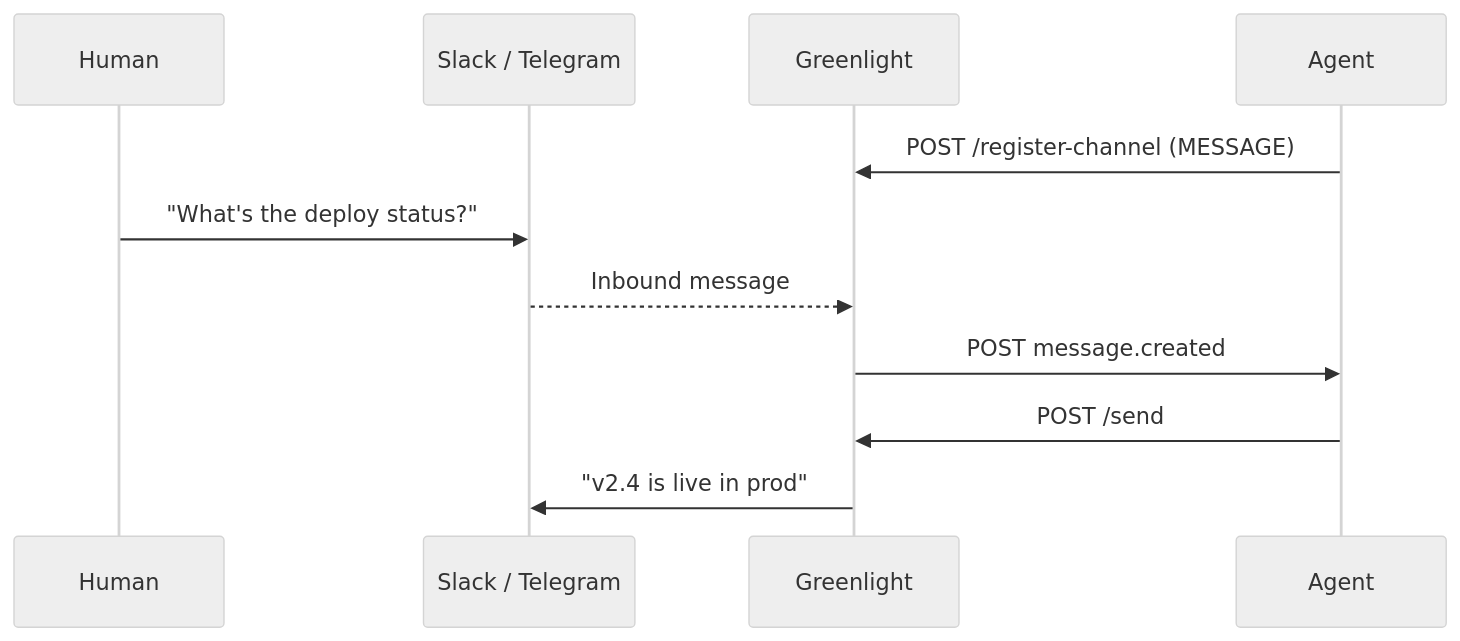
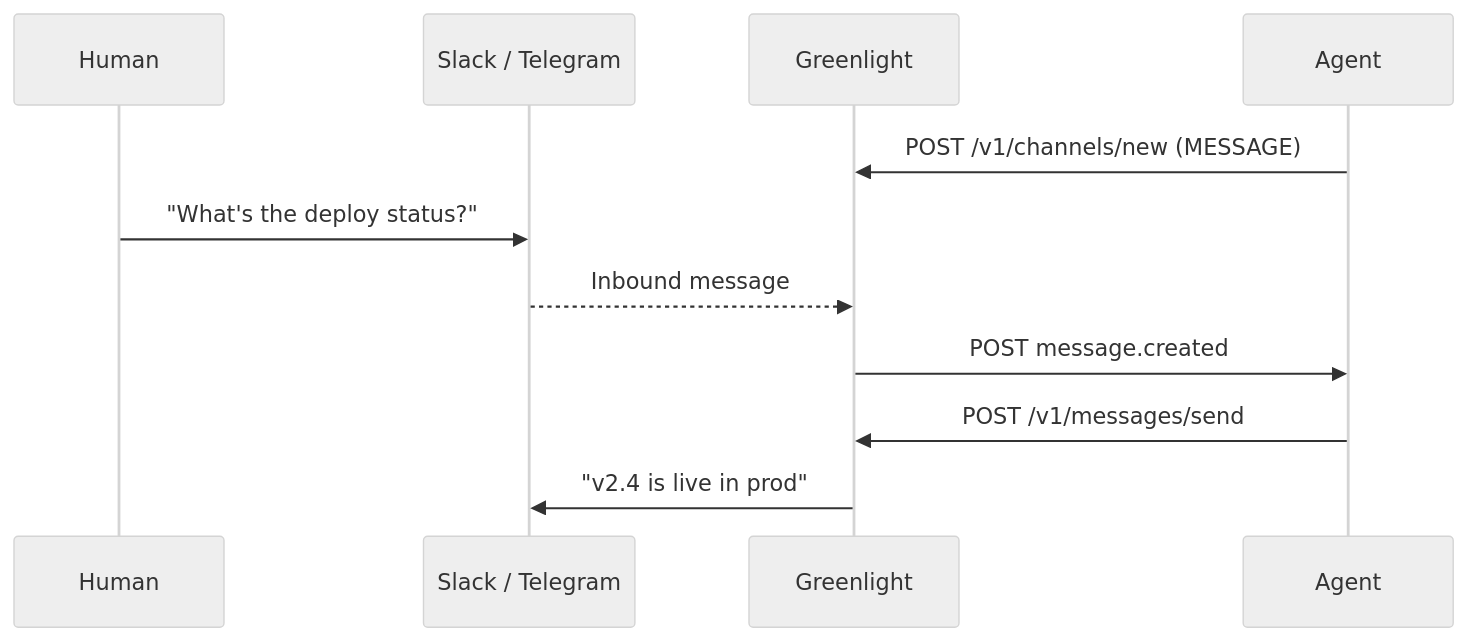
One commit to HashTerm/greenlight changed the third of 3 diagrams in docs-site/content/getting-started/concepts.mdx. Above: the diagram before and after it, drawn with Mermaid. The commit also changed other lines of this file and 40 other files, not shown here.

First line of the commit message:
feat: REST v1 agent API for channels, prompts, and messages

````diff
--- a/docs-site/content/getting-started/concepts.mdx
+++ b/docs-site/content/getting-started/concepts.mdx
@@ -50,14 +50,14 @@
 ```mermaid
 %%{init: {'theme': 'neutral'}}%%
 sequenceDiagram
   participant Human
   participant Chat as Slack / Telegram
   participant Greenlight
   participant Agent
-  Agent->>Greenlight: POST /register-channel (MESSAGE)
+  Agent->>Greenlight: POST /v1/channels/new (MESSAGE)
   Human->>Chat: "What's the deploy status?"
   Chat-->>Greenlight: Inbound message
   Greenlight->>Agent: POST message.created
-  Agent->>Greenlight: POST /send
+  Agent->>Greenlight: POST /v1/messages/send
   Greenlight->>Chat: "v2.4 is live in prod"
 ```
````
